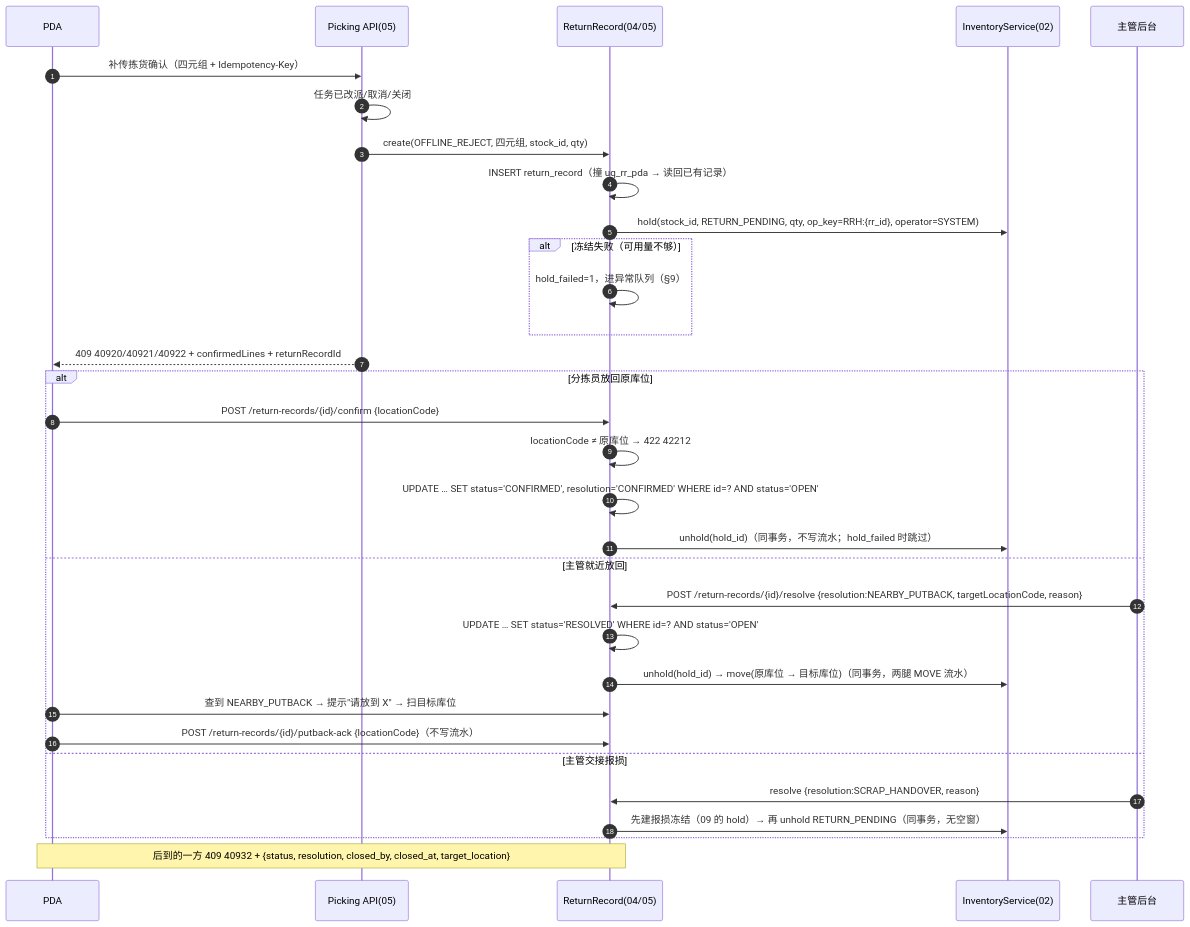
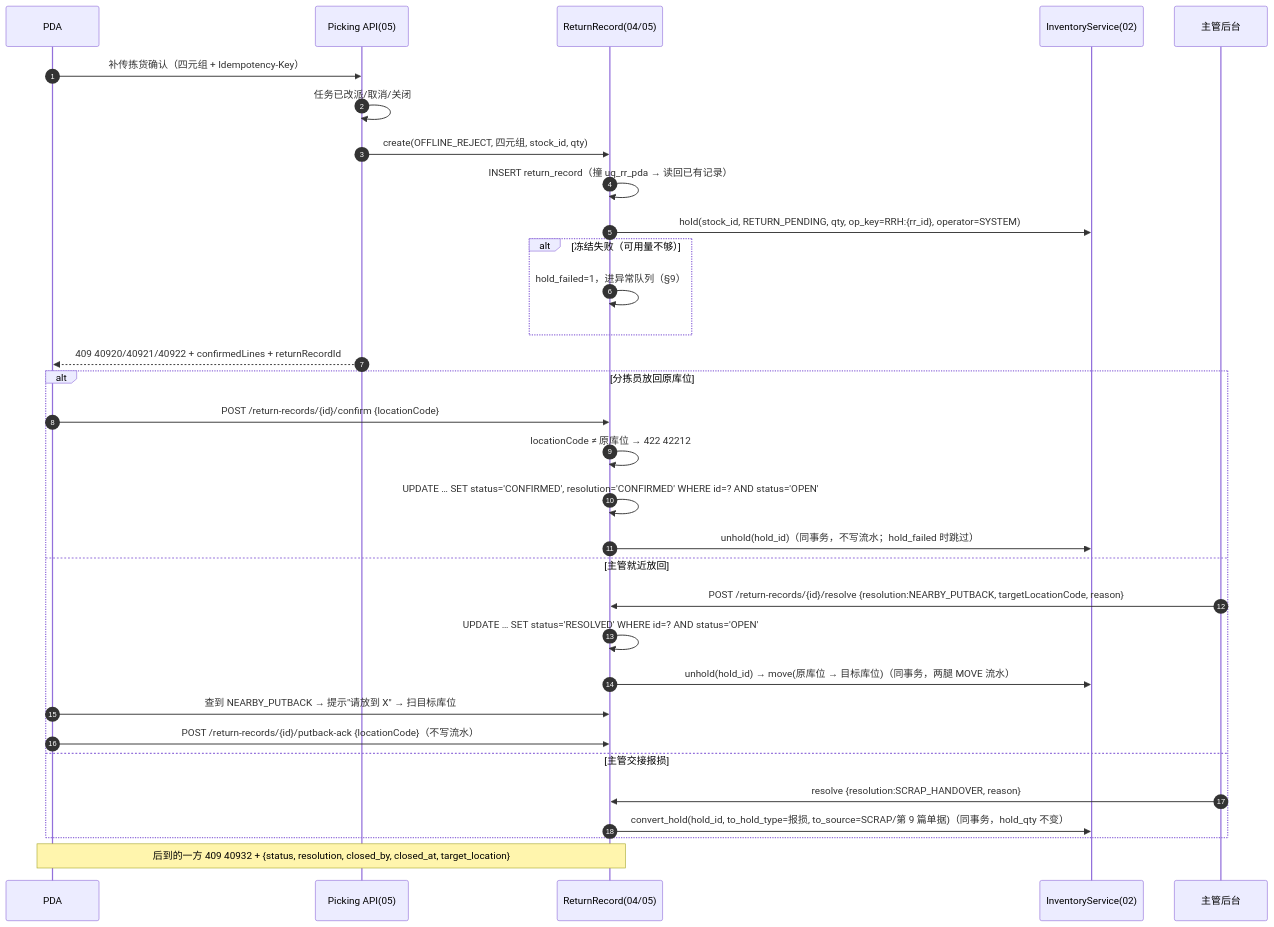
The fourth of 4 diagrams in docs/04-出库与分配.md (Akarin7784/fresh-wms), drawn with Mermaid before and after one commit. The commit also changed other lines of this file and 2 other files, not shown here.

Commit message:
docs(04)+sql: 小赵二轮 D1–D4（convert_hold 交接报损、回冲键 op_no=1、T20 预建 stock_ledger_line、outbound_line.reversed_qty_milli + 42214）；D5 表格修复

````diff
--- a/docs/04-出库与分配.md
+++ b/docs/04-出库与分配.md
@@ -291,34 +292,34 @@
 ```mermaid
 sequenceDiagram
   autonumber
   participant PDA
   participant PK as Picking API(05)
   participant RR as ReturnRecord(04/05)
   participant INV as InventoryService(02)
   participant SUP as 主管后台
   PDA->>PK: 补传拣货确认（四元组 + Idempotency-Key）
   PK->>PK: 任务已改派/取消/关闭
   PK->>RR: create(OFFLINE_REJECT, 四元组, stock_id, qty)
   RR->>RR: INSERT return_record（撞 uq_rr_pda → 读回已有记录）
   RR->>INV: hold(stock_id, RETURN_PENDING, qty, op_key=RRH:{rr_id}, operator=SYSTEM)
   alt 冻结失败（可用量不够）
     RR->>RR: hold_failed=1，进异常队列（§9）
   end
   PK-->>PDA: 409 40920/40921/40922 + confirmedLines + returnRecordId
   alt 分拣员放回原库位
     PDA->>RR: POST /return-records/{id}/confirm {locationCode}
     RR->>RR: locationCode ≠ 原库位 → 422 42212
     RR->>RR: UPDATE … SET status='CONFIRMED', resolution='CONFIRMED' WHERE id=? AND status='OPEN'
     RR->>INV: unhold(hold_id)（同事务，不写流水；hold_failed 时跳过）
   else 主管就近放回
     SUP->>RR: POST /return-records/{id}/resolve {resolution:NEARBY_PUTBACK, targetLocationCode, reason}
     RR->>RR: UPDATE … SET status='RESOLVED' WHERE id=? AND status='OPEN'
     RR->>INV: unhold(hold_id) → move(原库位 → 目标库位)（同事务，两腿 MOVE 流水）
     PDA->>RR: 查到 NEARBY_PUTBACK → 提示"请放到 X" → 扫目标库位
     PDA->>RR: POST /return-records/{id}/putback-ack {locationCode}（不写流水）
   else 主管交接报损
     SUP->>RR: resolve {resolution:SCRAP_HANDOVER, reason}
-    RR->>INV: 先建报损冻结（09 的 hold）→ 再 unhold RETURN_PENDING（同事务，无空窗）
+    RR->>INV: convert_hold(hold_id, to_hold_type=报损, to_source=SCRAP/第 9 篇单据)（同事务，hold_qty 不变）
   end
   Note over PDA,RR: 后到的一方 409 40932 + {status, resolution, closed_by, closed_at, target_location}
 ```
````
